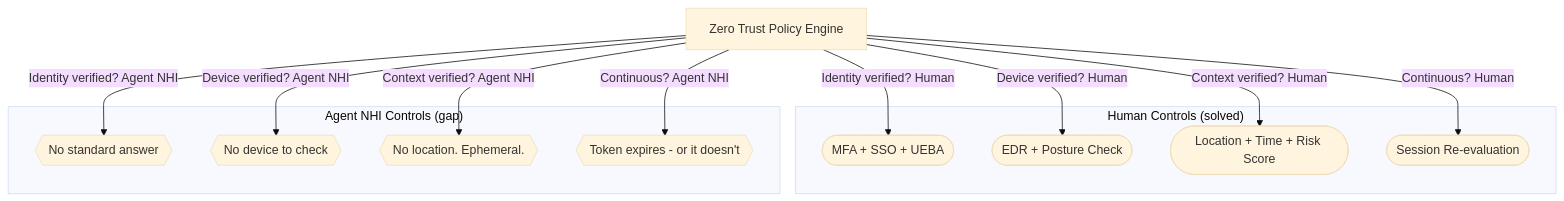
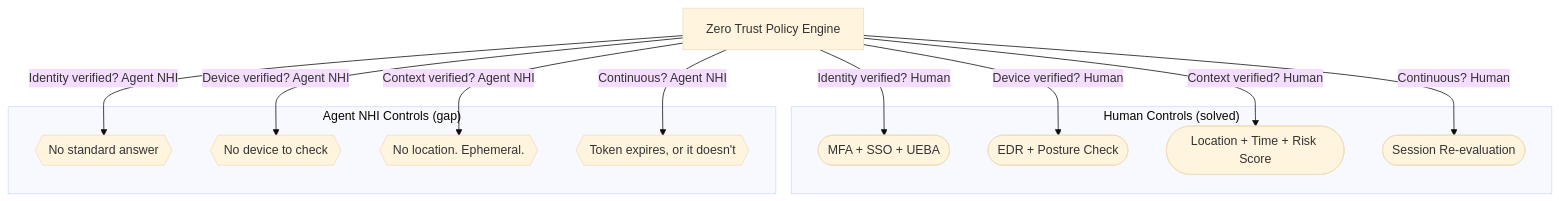
One commit to CyberdaemonAI/cyberdaemon-site changed the third of 3 diagrams in src/content/research/nhi-agentic.mdx. Above: the diagram before and after it, drawn with Mermaid (base theme). The commit also changed other lines of this file and 7 other files, not shown here.

````diff
--- a/src/content/research/nhi-agentic.mdx
+++ b/src/content/research/nhi-agentic.mdx
@@ -256,27 +243,27 @@
 ```mermaid
 flowchart TD
     PDP["Zero Trust Policy Engine"]
 
     subgraph human["Human Controls (solved)"]
         H1([MFA + SSO + UEBA])
         H2([EDR + Posture Check])
         H3([Location + Time + Risk Score])
         H4([Session Re-evaluation])
     end
 
     subgraph agent["Agent NHI Controls (gap)"]
         A1{{No standard answer}}
         A2{{No device to check}}
         A3{{No location. Ephemeral.}}
-        A4{{"Token expires - or it doesn't"}}
+        A4{{Token expires, or it doesn't}}
     end
 
     PDP -->|"Identity verified? Human"| H1
     PDP -->|"Device verified? Human"| H2
     PDP -->|"Context verified? Human"| H3
     PDP -->|"Continuous? Human"| H4
     PDP -->|"Identity verified? Agent NHI"| A1
     PDP -->|"Device verified? Agent NHI"| A2
     PDP -->|"Context verified? Agent NHI"| A3
     PDP -->|"Continuous? Agent NHI"| A4
 ```
````
